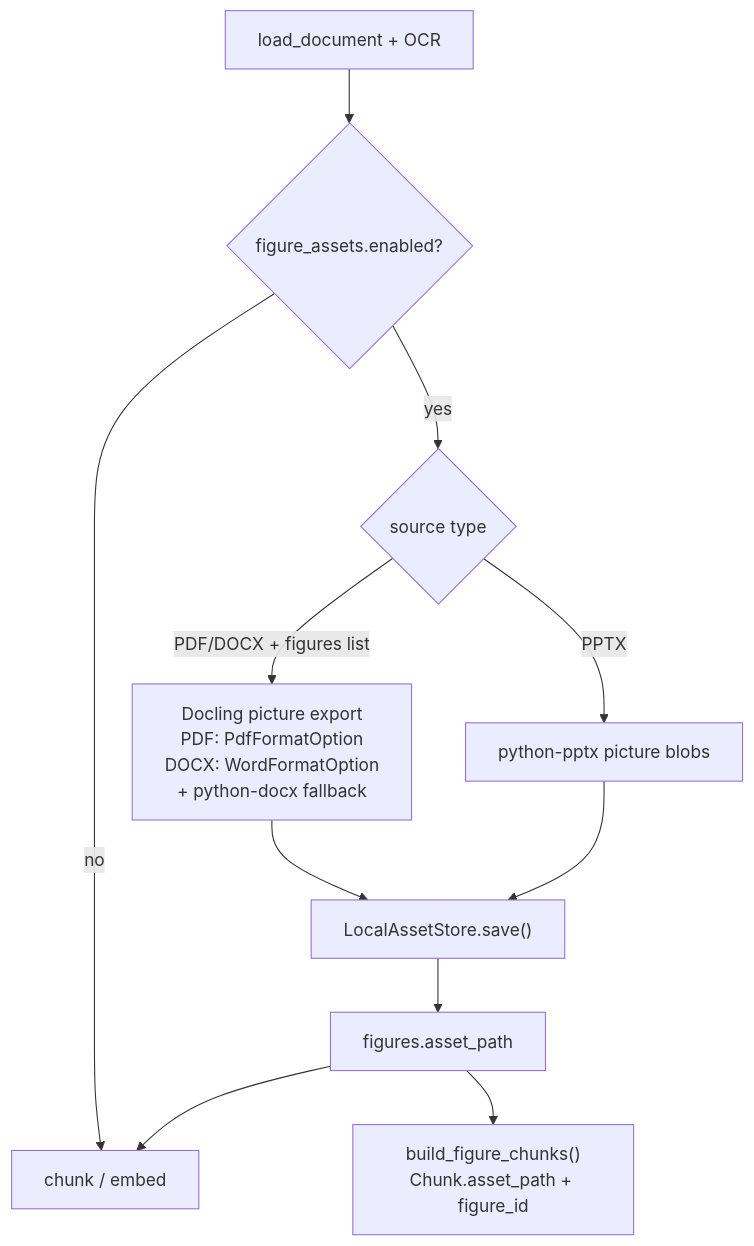
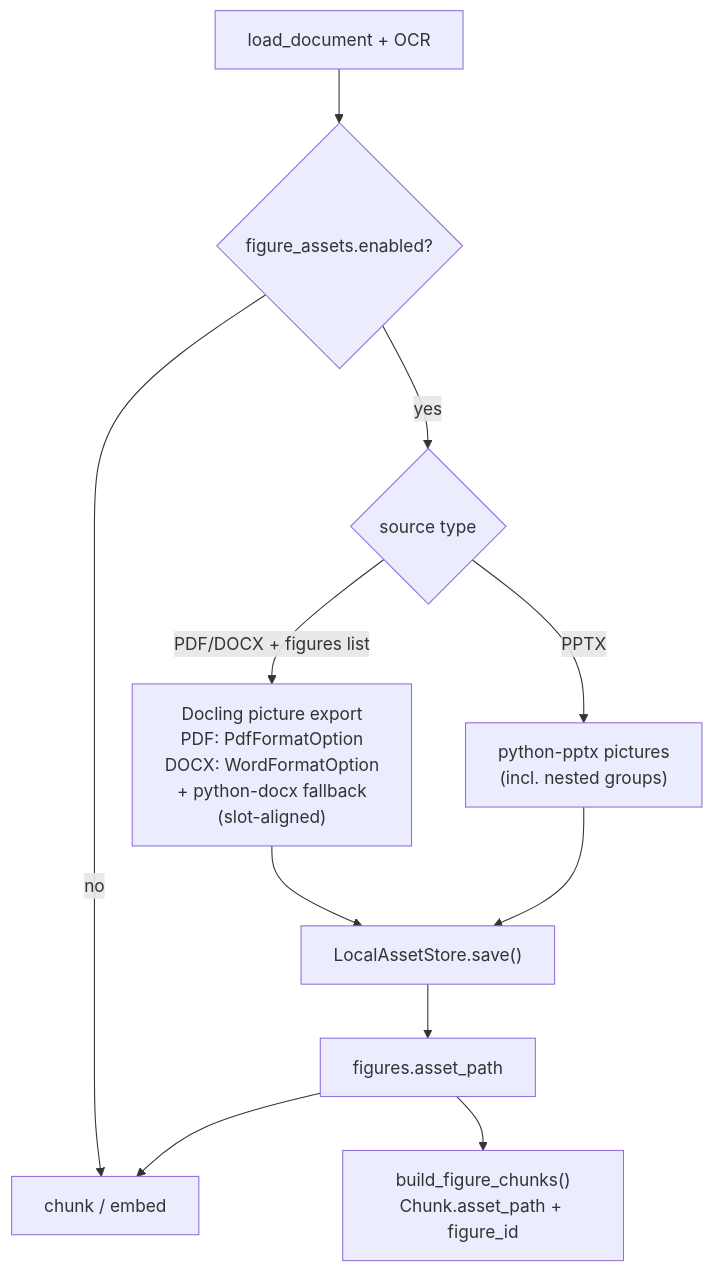
The seventh of 24 diagrams in README.md (ealbertoav/rag_platform), drawn with Mermaid before and after one commit. The commit also changed other lines of this file and 1 other file, not shown here.

First line of the commit message:
Expand DOCX fallback and PPTX nested group handling in figure extraction (T-230):

````diff
--- a/README.md
+++ b/README.md
@@ -836,13 +836,13 @@
 ```mermaid
 flowchart TD
     LOAD["load_document + OCR"] --> FLAG{"figure_assets.enabled?"}
     FLAG -->|no| CHUNK["chunk / embed"]
     FLAG -->|yes| SRC{"source type"}
-    SRC -->|"PDF/DOCX + figures list"| DOC["Docling picture export<br/>PDF: PdfFormatOption<br/>DOCX: WordFormatOption<br/>+ python-docx fallback"]
-    SRC -->|PPTX| PPT["python-pptx picture blobs"]
+    SRC -->|"PDF/DOCX + figures list"| DOC["Docling picture export<br/>PDF: PdfFormatOption<br/>DOCX: WordFormatOption<br/>+ python-docx fallback<br/>(slot-aligned)"]
+    SRC -->|PPTX| PPT["python-pptx pictures<br/>(incl. nested groups)"]
     DOC --> STORE["LocalAssetStore.save()"]
     PPT --> STORE
     STORE --> META["figures.asset_path"]
     META --> BUILD["build_figure_chunks()<br/>Chunk.asset_path + figure_id"]
     META --> CHUNK
 ```
````
